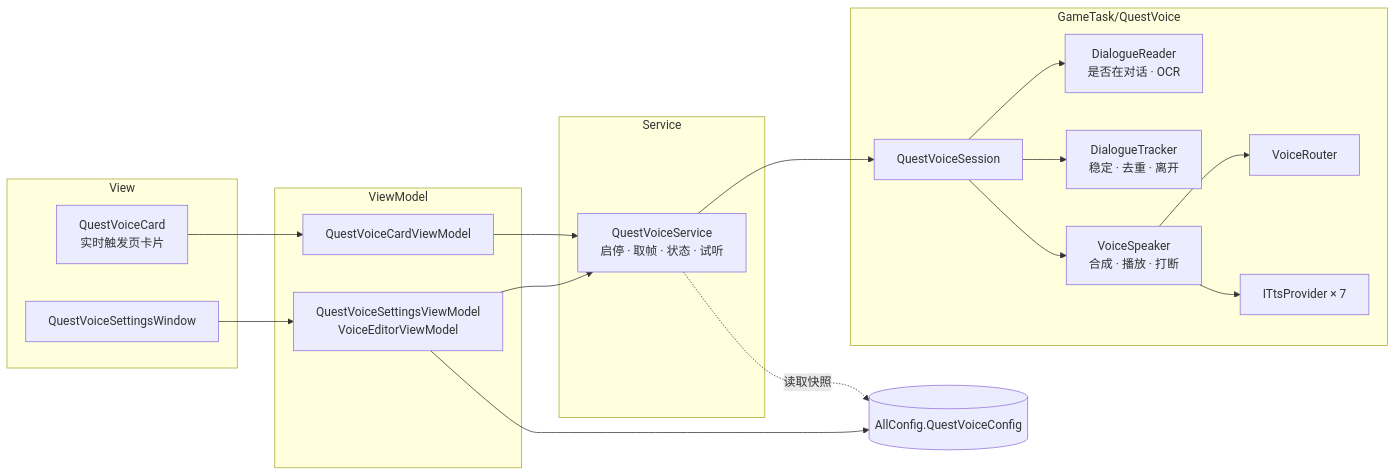
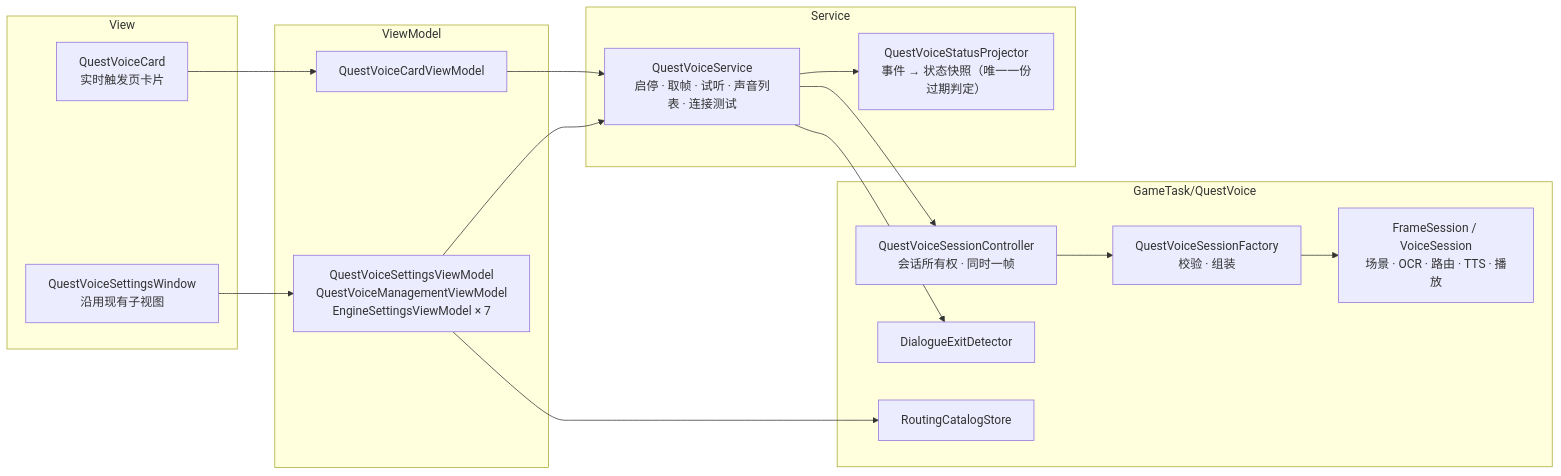
Before and after one commit to babalae/better-genshin-impact: the diagram in Docs/design/questvoice-simplification.md, drawn with Mermaid. The commit also changed other lines of this file and 9 other files, not shown here.

````diff
--- a/Docs/design/questvoice-simplification.md
+++ b/Docs/design/questvoice-simplification.md
@@ -256,33 +302,28 @@
 ```mermaid
 flowchart LR
     subgraph View
         Card["QuestVoiceCard<br/>实时触发页卡片"]
-        Win["QuestVoiceSettingsWindow"]
+        Win["QuestVoiceSettingsWindow<br/>沿用现有子视图"]
     end
     subgraph ViewModel
         CardVm["QuestVoiceCardViewModel"]
-        WinVm["QuestVoiceSettingsViewModel<br/>VoiceEditorViewModel"]
+        WinVm["QuestVoiceSettingsViewModel<br/>QuestVoiceManagementViewModel<br/>EngineSettingsViewModel × 7"]
     end
     subgraph Service
-        Svc["QuestVoiceService<br/>启停 · 取帧 · 状态 · 试听"]
+        Svc["QuestVoiceService<br/>启停 · 取帧 · 试听 · 声音列表 · 连接测试"]
+        Proj["QuestVoiceStatusProjector<br/>事件 → 状态快照（唯一一份过期判定）"]
     end
     subgraph GameTask_QuestVoice["GameTask/QuestVoice"]
-        Session["QuestVoiceSession"]
-        Reader["DialogueReader<br/>是否在对话 · OCR"]
-        Tracker["DialogueTracker<br/>稳定 · 去重 · 离开"]
-        Router["VoiceRouter"]
-        Speaker["VoiceSpeaker<br/>合成 · 播放 · 打断"]
-        Tts["ITtsProvider × 7"]
+        Ctrl["QuestVoiceSessionController<br/>会话所有权 · 同时一帧"]
+        Factory["QuestVoiceSessionFactory<br/>校验 · 组装"]
+        Core["FrameSession / VoiceSession<br/>场景 · OCR · 路由 · TTS · 播放"]
+        Exit["DialogueExitDetector"]
+        Store["RoutingCatalogStore"]
     end
-    Config[("AllConfig.QuestVoiceConfig")]
     Card --> CardVm --> Svc
     Win --> WinVm --> Svc
-    WinVm --> Config
-    Svc --> Session
-    Svc -. 读取快照 .-> Config
-    Session --> Reader
-    Session --> Tracker
-    Session --> Speaker
-    Speaker --> Router
-    Speaker --> Tts
+    WinVm --> Store
+    Svc --> Proj
+    Svc --> Ctrl --> Factory --> Core
+    Svc --> Exit
 ```
````
